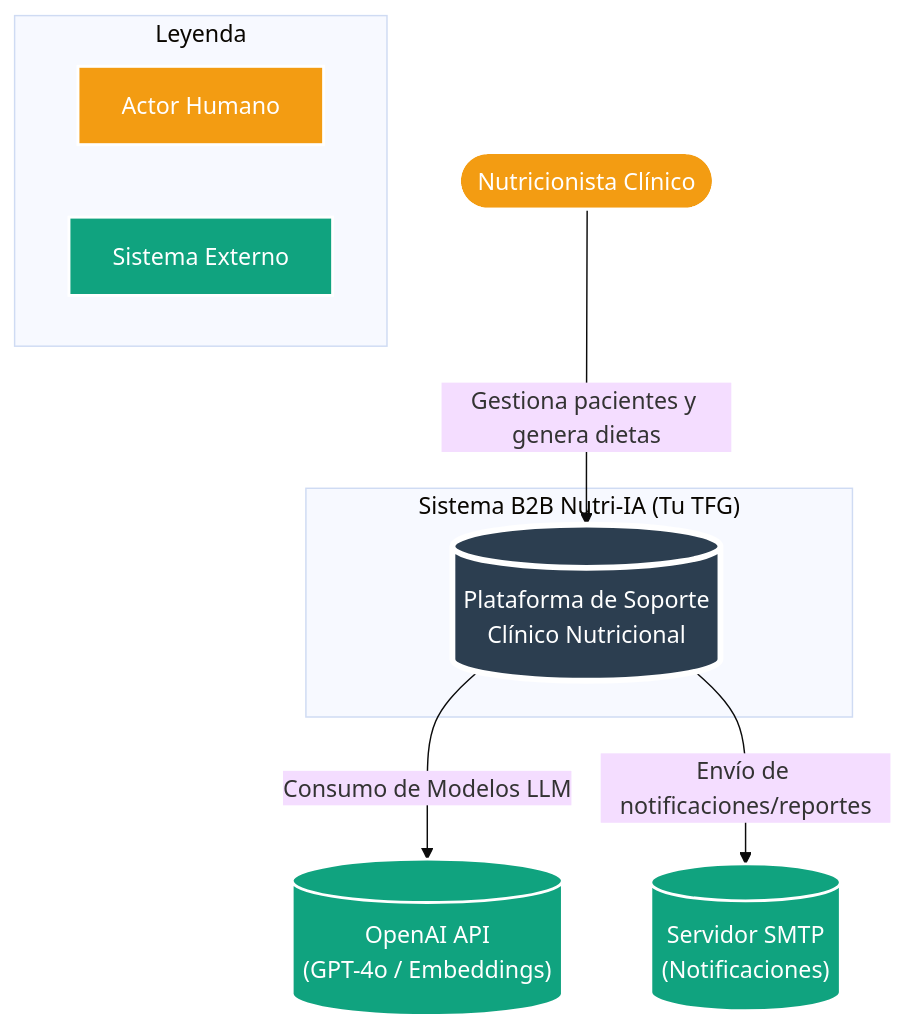
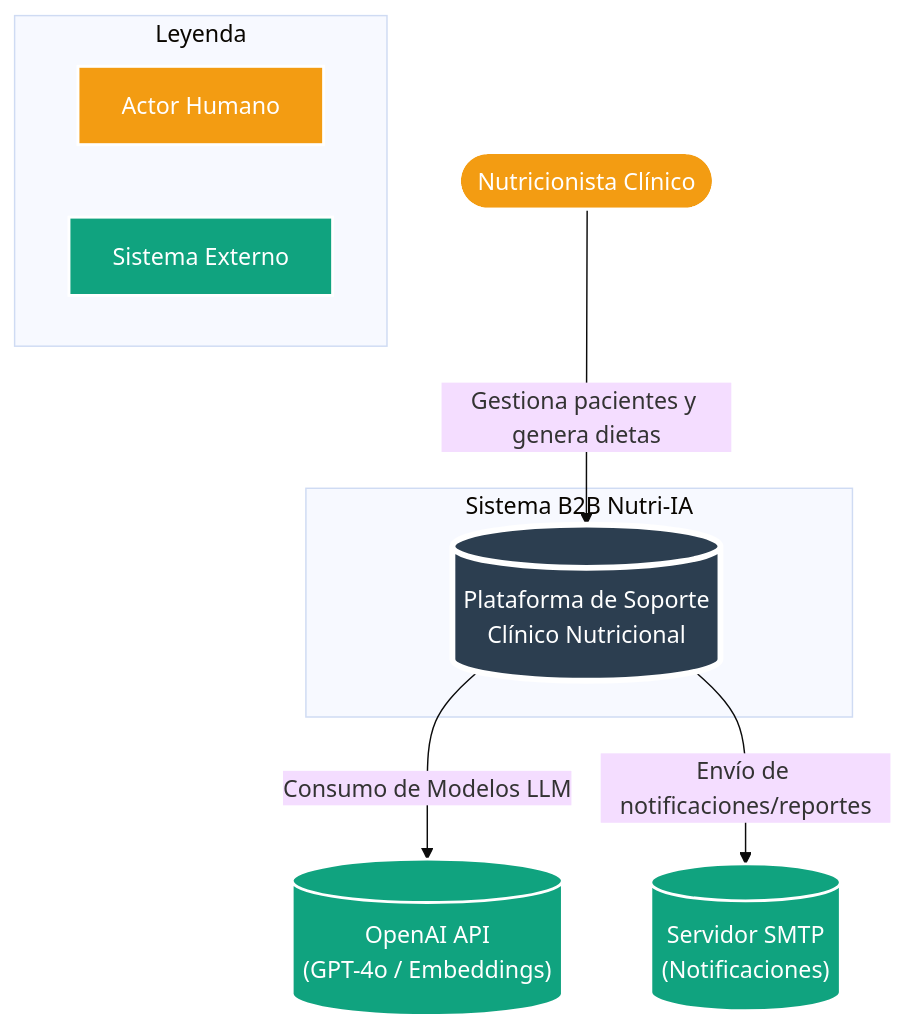
Before and after one commit to unaip1996/b2b_nutricion: the diagram in diagrams/diagrama_contexto.mmd, drawn with Mermaid (base theme). The commit also changed 4 other files, not shown here.

Commit message:
Updated diagrams

```diff
--- a/diagrams/diagrama_contexto.mmd
+++ b/diagrams/diagrama_contexto.mmd
@@ -1,21 +1,21 @@
 graph TD
     %% Estilos
     classDef main fill:#2c3e50,stroke:#fff,stroke-width:4px,color:#fff;
     classDef actor fill:#f39c12,stroke:#fff,stroke-width:2px,color:#fff;
     classDef ext fill:#10a37f,stroke:#fff,stroke-width:2px,color:#fff;
 
     Nutricionista([Nutricionista Clínico]):::actor
     
-    subgraph Sistema["Sistema B2B Nutri-IA (Tu TFG)"]
+    subgraph Sistema["Sistema B2B Nutri-IA"]
         TFG[("Plataforma de Soporte<br/>Clínico Nutricional")]:::main
     end
 
     Nutricionista -->|Gestiona pacientes y genera dietas| TFG
     TFG -->|Consumo de Modelos LLM| OpenAI[("OpenAI API<br/>(GPT-4o / Embeddings)")]:::ext
     TFG -->|Envío de notificaciones/reportes| Correo[("Servidor SMTP<br/>(Notificaciones)")]:::ext
 
     %% Leyenda
     subgraph Leyenda
         L2[Actor Humano]:::actor
         L3[Sistema Externo]:::ext
     end
```
